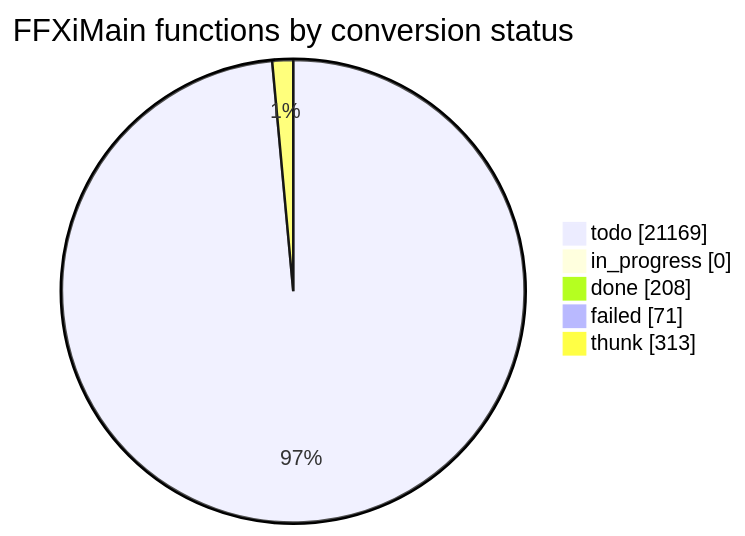
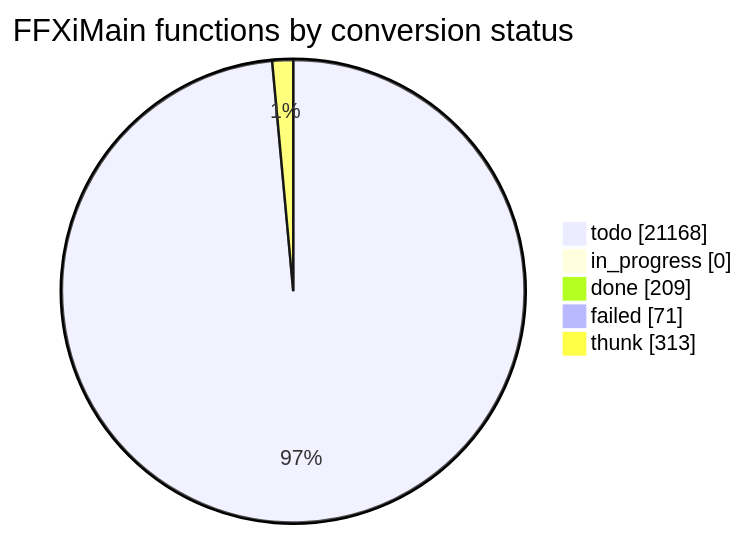
The diagram in docs/cow/STATUS.md (cowrevenge/cow_kuluu_xi_anything), drawn with Mermaid before and after one commit. The commit also changed other lines of this file and 9 other files, not shown here.

````diff
--- a/docs/cow/STATUS.md
+++ b/docs/cow/STATUS.md
@@ -18,9 +18,9 @@
 ```mermaid
 pie showData
     title FFXiMain functions by conversion status
-    "todo" : 21169
+    "todo" : 21168
     "in_progress" : 0
-    "done" : 208
+    "done" : 209
     "failed" : 71
     "thunk" : 313
 ```
````
